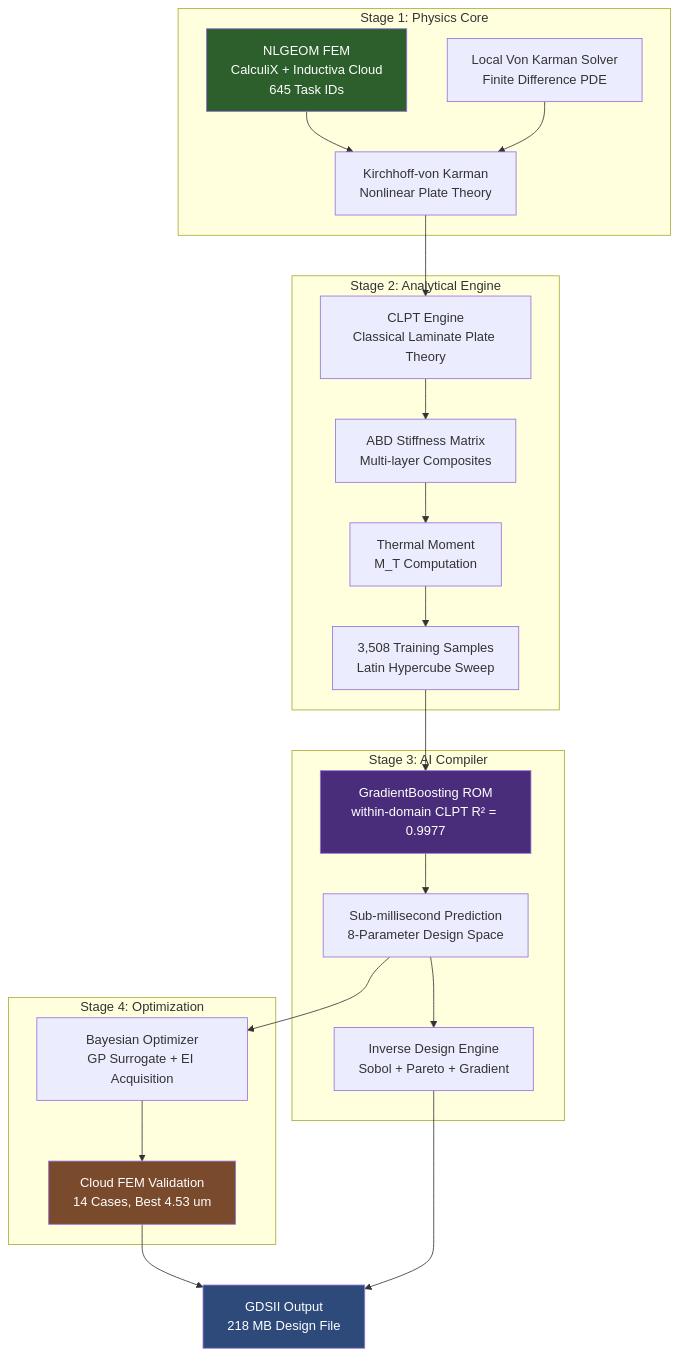
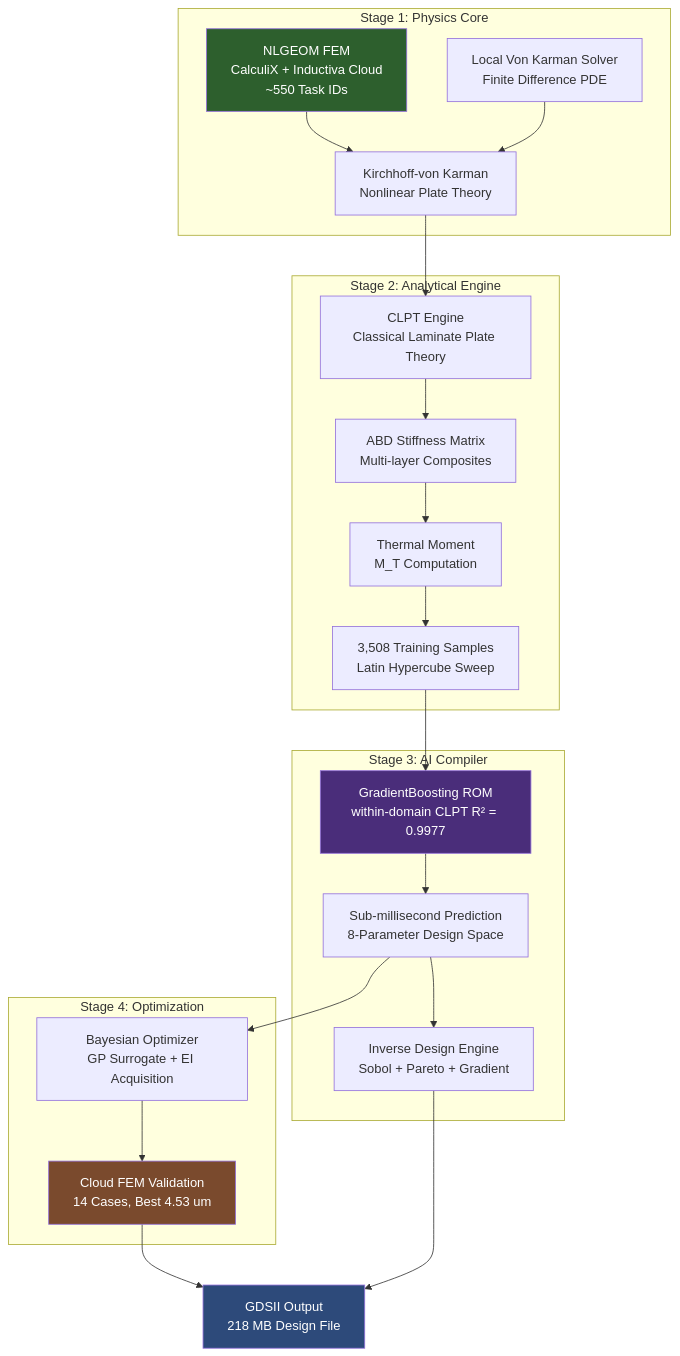
Before and after one commit to nickharris808/Genesis-PROV2-Packaging-OS: the first of 3 diagrams in README.md, drawn with Mermaid. The commit also changed other lines of this file and 4 other files, not shown here.

````diff
--- a/README.md
+++ b/README.md
@@ -259,33 +259,33 @@
 ```mermaid
 graph TD
     subgraph "Stage 1: Physics Core"
-        A[NLGEOM FEM<br/>CalculiX + Inductiva Cloud<br/>645 Task IDs] --> B[Kirchhoff-von Karman<br/>Nonlinear Plate Theory]
+        A[NLGEOM FEM<br/>CalculiX + Inductiva Cloud<br/>~550 Task IDs] --> B[Kirchhoff-von Karman<br/>Nonlinear Plate Theory]
         C[Local Von Karman Solver<br/>Finite Difference PDE] --> B
     end
 
     subgraph "Stage 2: Analytical Engine"
         D[CLPT Engine<br/>Classical Laminate Plate Theory] --> E[ABD Stiffness Matrix<br/>Multi-layer Composites]
         E --> F[Thermal Moment<br/>M_T Computation]
         F --> G[3,508 Training Samples<br/>Latin Hypercube Sweep]
     end
 
     subgraph "Stage 3: AI Compiler"
         G --> H[GradientBoosting ROM<br/>within-domain CLPT R² = 0.9977]
         H --> I[Sub-millisecond Prediction<br/>8-Parameter Design Space]
         I --> J[Inverse Design Engine<br/>Sobol + Pareto + Gradient]
     end
 
     subgraph "Stage 4: Optimization"
         K[Bayesian Optimizer<br/>GP Surrogate + EI Acquisition] --> L[Cloud FEM Validation<br/>14 Cases, Best 4.53 um]
         I --> K
     end
 
     B --> D
     L --> M[GDSII Output<br/>218 MB Design File]
     J --> M
 
     style A fill:#2d5f2d,color:#fff
     style H fill:#4a2d7a,color:#fff
     style L fill:#7a4a2d,color:#fff
     style M fill:#2d4a7a,color:#fff
 ```
````
